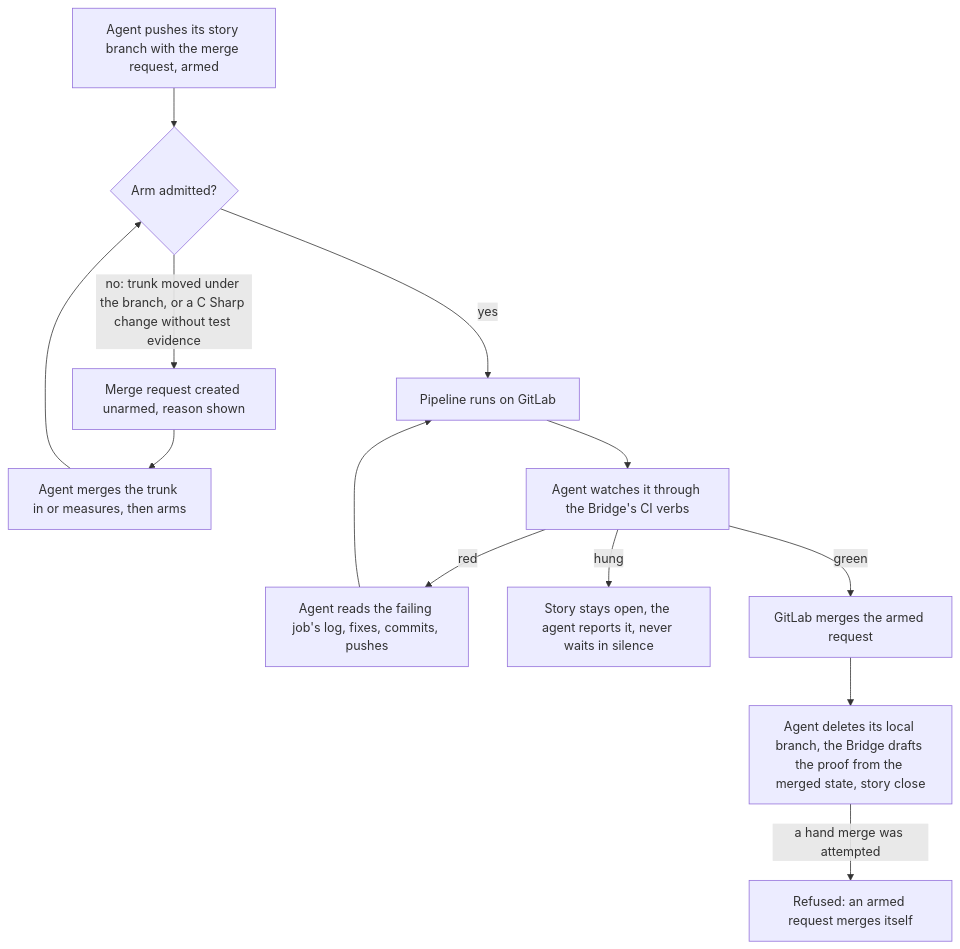
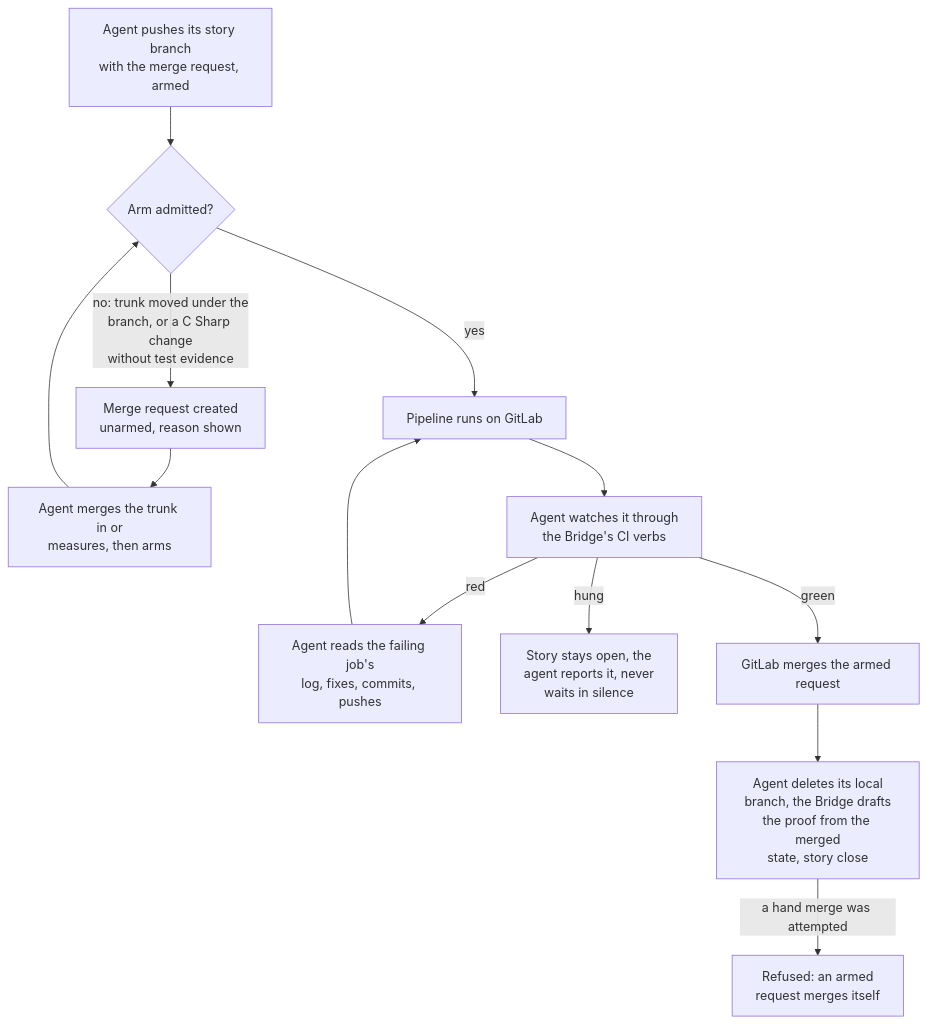
One commit to DogmaSolutions/Kyklos changed the diagram in docs/CI.md. Above: the diagram before and after it, drawn with Mermaid. The commit also changed 38 other files, not shown here.

````diff
--- a/docs/CI.md
+++ b/docs/CI.md
@@ -22,15 +22,15 @@
 ```mermaid
 flowchart TD
-    A["Agent pushes its story branch with the merge request, armed"] --> B{"Arm admitted?"}
-    B -->|"no: trunk moved under the branch, or a C Sharp change without test evidence"| U["Merge request created unarmed, reason shown"]
-    U --> F["Agent merges the trunk in or measures, then arms"]
+    A["Agent pushes its story branch<br/>with the merge request, armed"] --> B{"Arm admitted?"}
+    B -->|"no: trunk moved under the<br/>branch, or a C Sharp change<br/>without test evidence"| U["Merge request created<br/>unarmed, reason shown"]
+    U --> F["Agent merges the trunk in or<br/>measures, then arms"]
     F --> B
     B -->|"yes"| P["Pipeline runs on GitLab"]
-    P --> W["Agent watches it through the Bridge's CI verbs"]
-    W -->|"red"| R["Agent reads the failing job's log, fixes, commits, pushes"]
+    P --> W["Agent watches it through<br/>the Bridge's CI verbs"]
+    W -->|"red"| R["Agent reads the failing job's<br/>log, fixes, commits, pushes"]
     R --> P
-    W -->|"hung"| H["Story stays open, the agent reports it, never waits in silence"]
+    W -->|"hung"| H["Story stays open, the<br/>agent reports it, never<br/>waits in silence"]
     W -->|"green"| M["GitLab merges the armed request"]
-    M --> C["Agent deletes its local branch, the Bridge drafts the proof from the merged state, story close"]
-    C -->|"a hand merge was attempted"| X["Refused: an armed request merges itself"]
+    M --> C["Agent deletes its local<br/>branch, the Bridge drafts<br/>the proof from the merged<br/>state, story close"]
+    C -->|"a hand merge was attempted"| X["Refused: an armed<br/>request merges itself"]
 ```
````
